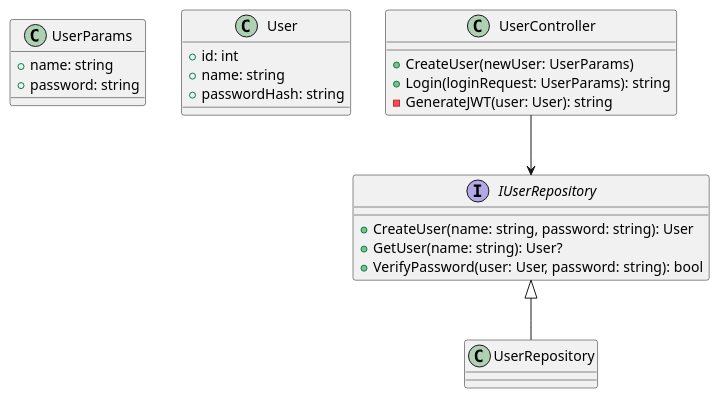
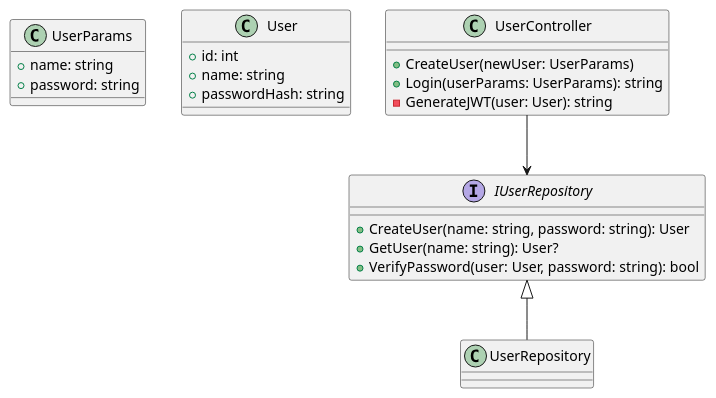
Before and after one commit to MaarxS/chess-opening-training-paper: the diagram in images/diagrams/auth.puml, drawn with PlantUML. The commit also changed 2 other files, not shown here.

```diff
--- a/images/diagrams/auth.puml
+++ b/images/diagrams/auth.puml
@@ -1,24 +1,24 @@
 @startuml
 class UserParams {
     + name: string
     + password: string
 }
 class User {
     + id: int
     + name: string
     + passwordHash: string
 }
 class UserController {
     + CreateUser(newUser: UserParams)
-    + Login(loginRequest: UserParams): string
+    + Login(userParams: UserParams): string
     - GenerateJWT(user: User): string
 }
 interface IUserRepository {
     + CreateUser(name: string, password: string): User
     + GetUser(name: string): User?
     + VerifyPassword(user: User, password: string): bool
 }
 
 UserController --> IUserRepository
 IUserRepository <|-- UserRepository
 @enduml
```
